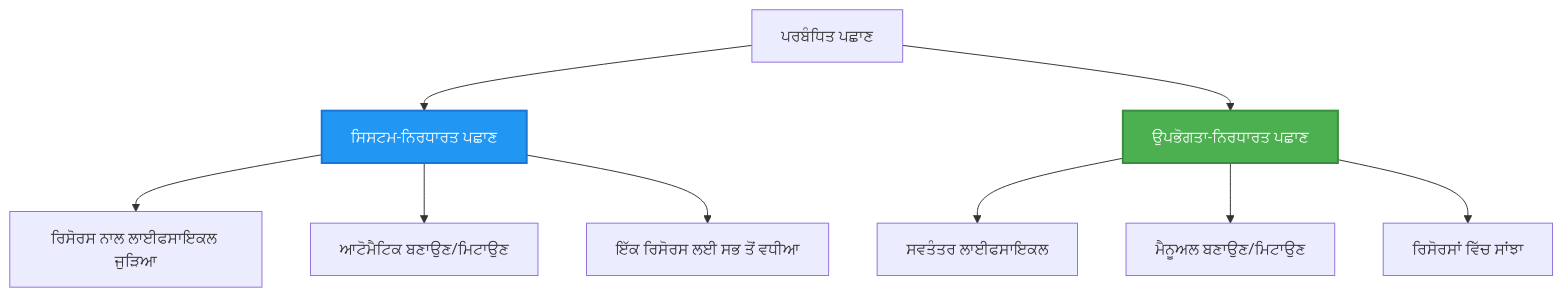
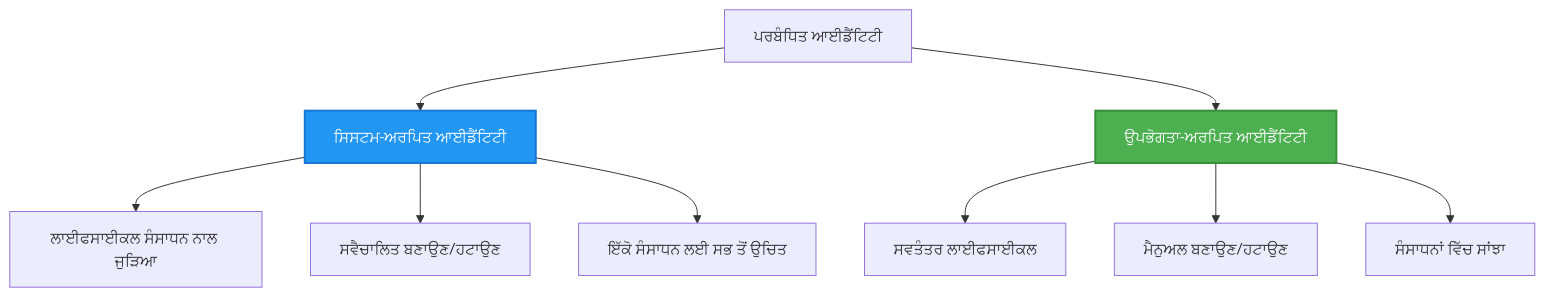
One commit to microsoft/AZD-for-beginners changed the second of 2 diagrams in translations/pa/docs/chapter-03-configuration/authsecurity.md. Above: the diagram before and after it, drawn with Mermaid. The commit also changed other lines of this file and 104 other files, not shown here.

````diff
--- a/translations/pa/docs/chapter-03-configuration/authsecurity.md
+++ b/translations/pa/docs/chapter-03-configuration/authsecurity.md
@@ -97,20 +98,20 @@
 ```mermaid
 graph TB
-    MI[ਪਰਬੰਧਿਤ ਪਛਾਣ]
-    SystemAssigned[ਸਿਸਟਮ-ਨਿਰਧਾਰਤ ਪਛਾਣ]
-    UserAssigned[ਉਪਭੋਗਤਾ-ਨਿਰਧਾਰਤ ਪਛਾਣ]
+    MI[ਪਰਬੰਧਿਤ ਆਈਡੈਂਟਿਟੀ]
+    SystemAssigned[ਸਿਸਟਮ-ਅਰਪਿਤ ਆਈਡੈਂਟਿਟੀ]
+    UserAssigned[ਉਪਭੋਗਤਾ-ਅਰਪਿਤ ਆਈਡੈਂਟਿਟੀ]
     
     MI --> SystemAssigned
     MI --> UserAssigned
     
-    SystemAssigned --> SA1[ਰਿਸੋਰਸ ਨਾਲ ਲਾਈਫਸਾਇਕਲ ਜੁੜਿਆ]
-    SystemAssigned --> SA2[ਆਟੋਮੈਟਿਕ ਬਣਾਉਣ/ਮਿਟਾਉਣ]
-    SystemAssigned --> SA3[ਇੱਕ ਰਿਸੋਰਸ ਲਈ ਸਭ ਤੋਂ ਵਧੀਆ]
+    SystemAssigned --> SA1[ਲਾਈਫਸਾਈਕਲ ਸੰਸਾਧਨ ਨਾਲ ਜੁੜਿਆ]
+    SystemAssigned --> SA2[ਸਵੈਚਾਲਿਤ ਬਣਾਉਣ/ਹਟਾਉਣ]
+    SystemAssigned --> SA3[ਇੱਕੋ ਸੰਸਾਧਨ ਲਈ ਸਭ ਤੋਂ ਉਚਿਤ]
     
-    UserAssigned --> UA1[ਸਵਤੰਤਰ ਲਾਈਫਸਾਇਕਲ]
-    UserAssigned --> UA2[ਮੈਨੂਅਲ ਬਣਾਉਣ/ਮਿਟਾਉਣ]
-    UserAssigned --> UA3[ਰਿਸੋਰਸਾਂ ਵਿੱਚ ਸਾਂਝਾ]
+    UserAssigned --> UA1[ਸਵਤੰਤਰ ਲਾਈਫਸਾਈਕਲ]
+    UserAssigned --> UA2[ਮੈਨੁਅਲ ਬਣਾਉਣ/ਹਟਾਉਣ]
+    UserAssigned --> UA3[ਸੰਸਾਧਨਾਂ ਵਿੱਚ ਸਾਂਝਾ]
     
     style SystemAssigned fill:#2196F3,stroke:#1976D2,stroke-width:2px,color:#fff
     style UserAssigned fill:#4CAF50,stroke:#388E3C,stroke-width:2px,color:#fff
 ```
````
